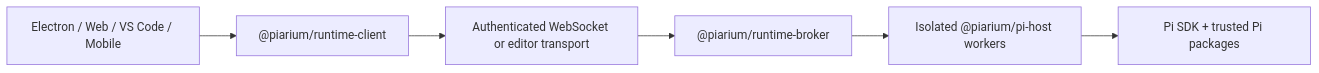
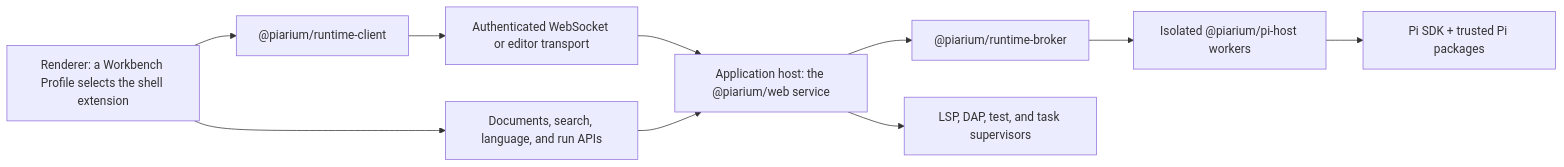
One commit to Youzini-afk/Piarium changed the diagram in README.en.md. Above: the diagram before and after it, drawn with Mermaid. The commit also changed other lines of this file and 4 other files, not shown here.

````diff
--- a/README.en.md
+++ b/README.en.md
@@ -192,8 +208,12 @@
 ```mermaid
 flowchart LR
-    S["Electron / Web / VS Code / Mobile"] --> C["@piarium/runtime-client"]
+    S["Renderer: a Workbench Profile selects the shell extension"] --> C["@piarium/runtime-client"]
+    S --> D["Documents, search, language, and run APIs"]
     C --> T["Authenticated WebSocket or editor transport"]
-    T --> B["@piarium/runtime-broker"]
+    T --> A["Application host: the @piarium/web service"]
+    D --> A
+    A --> B["@piarium/runtime-broker"]
+    A --> L["LSP, DAP, test, and task supervisors"]
     B --> H["Isolated @piarium/pi-host workers"]
     H --> P["Pi SDK + trusted Pi packages"]
 ```
````
